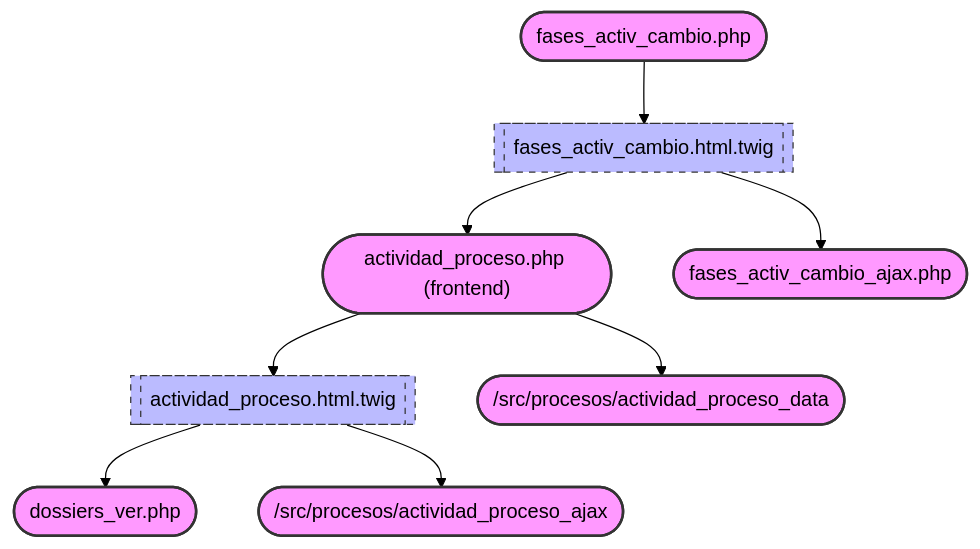
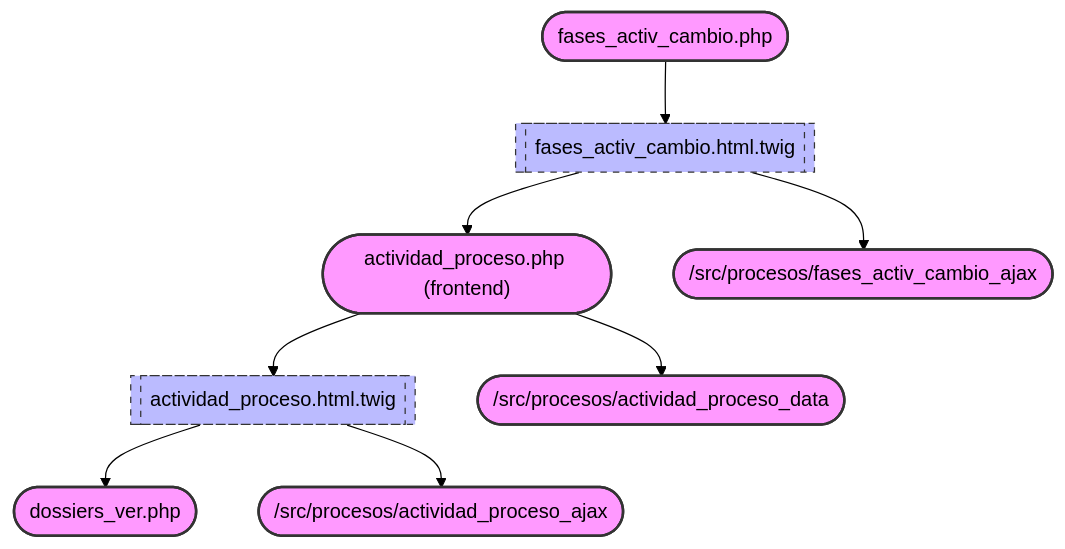
One commit to olvidio/orbix changed the diagram in documentacion/Documentacion_Obix/procesos/mapa_fases_activ_cambio.md. Above: the diagram before and after it, drawn with Mermaid (forest theme). The commit also changed 16 other files, not shown here.

First line of the commit message:
refactor procesos slice 5: fases_activ_cambio a frontend y src

````diff
--- a/documentacion/Documentacion_Obix/procesos/mapa_fases_activ_cambio.md
+++ b/documentacion/Documentacion_Obix/procesos/mapa_fases_activ_cambio.md
@@ -1,15 +1,15 @@
 ```mermaid
 flowchart TD
     %% Estils de nodes
     classDef controller fill:#f9f,stroke:#333,stroke-width:2px;
     classDef vista fill:#bbf,stroke:#333,stroke-width:1px,stroke-dasharray: 5 5;
     classDef error fill:#ff9999,stroke:#cc0000,stroke-width:2px;
 
-    apps_procesos_controller_fases_activ_cambio_php(["fases_activ_cambio.php"]):::controller --> apps_procesos_view_fases_activ_cambio_html_twig[["fases_activ_cambio.html.twig"]]:::vista
-    apps_procesos_view_fases_activ_cambio_html_twig --> frontend_procesos_controller_actividad_proceso_php(["actividad_proceso.php (frontend)"]):::controller
-    apps_procesos_view_fases_activ_cambio_html_twig --> apps_procesos_controller_fases_activ_cambio_ajax_php(["fases_activ_cambio_ajax.php"]):::controller
+    frontend_procesos_controller_fases_activ_cambio_php(["fases_activ_cambio.php"]):::controller --> frontend_procesos_view_fases_activ_cambio_html_twig[["fases_activ_cambio.html.twig"]]:::vista
+    frontend_procesos_view_fases_activ_cambio_html_twig --> frontend_procesos_controller_actividad_proceso_php(["actividad_proceso.php (frontend)"]):::controller
+    frontend_procesos_view_fases_activ_cambio_html_twig --> src_procesos_fases_activ_cambio_ajax(["/src/procesos/fases_activ_cambio_ajax"]):::controller
     frontend_procesos_controller_actividad_proceso_php --> frontend_procesos_view_actividad_proceso_html_twig[["actividad_proceso.html.twig"]]:::vista
     frontend_procesos_controller_actividad_proceso_php --> src_procesos_actividad_proceso_data(["/src/procesos/actividad_proceso_data"]):::controller
     frontend_procesos_view_actividad_proceso_html_twig --> apps_dossiers_controller_dossiers_ver_php(["dossiers_ver.php"]):::controller
     frontend_procesos_view_actividad_proceso_html_twig --> src_procesos_actividad_proceso_ajax(["/src/procesos/actividad_proceso_ajax"]):::controller
 ```
````
